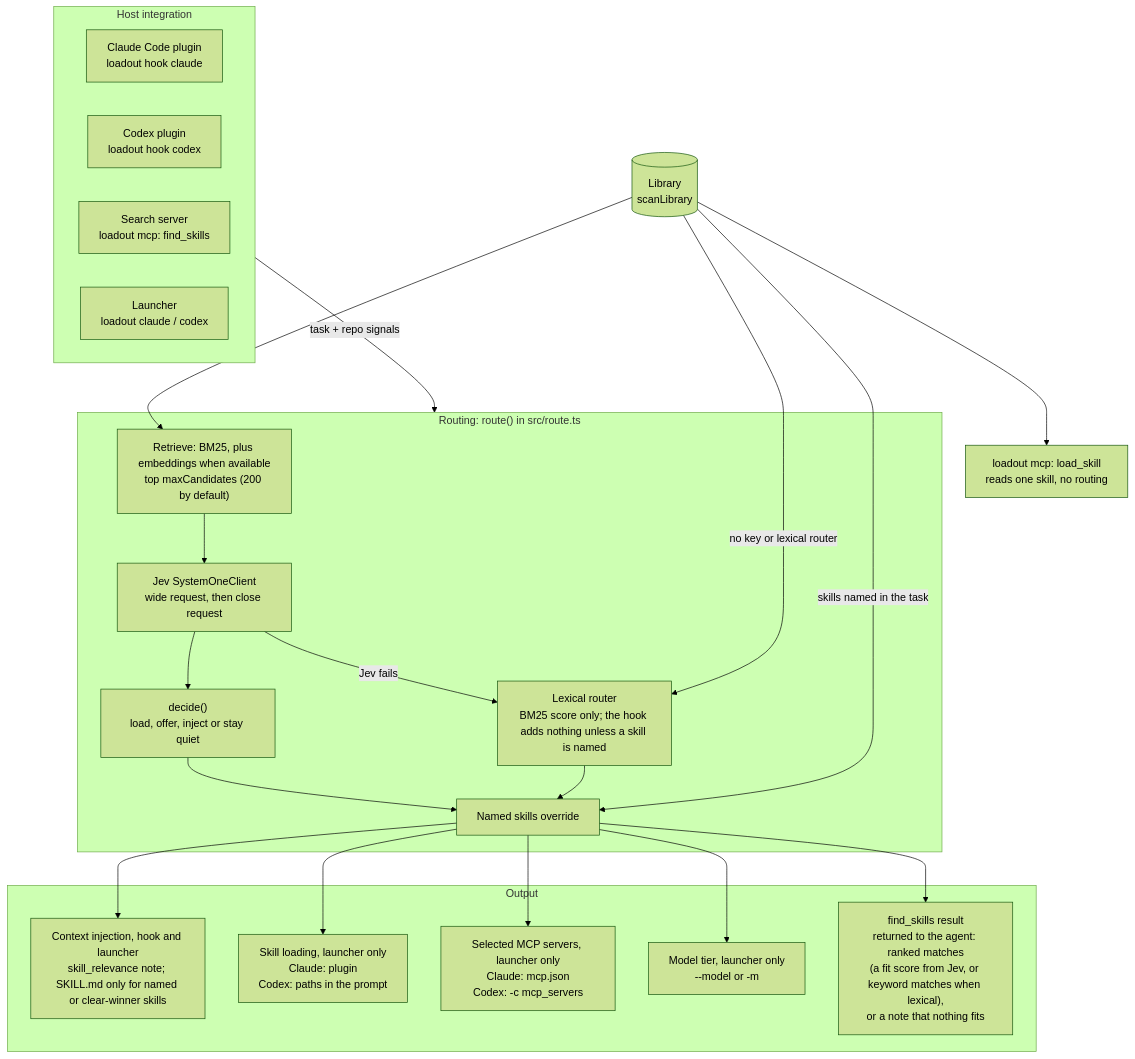
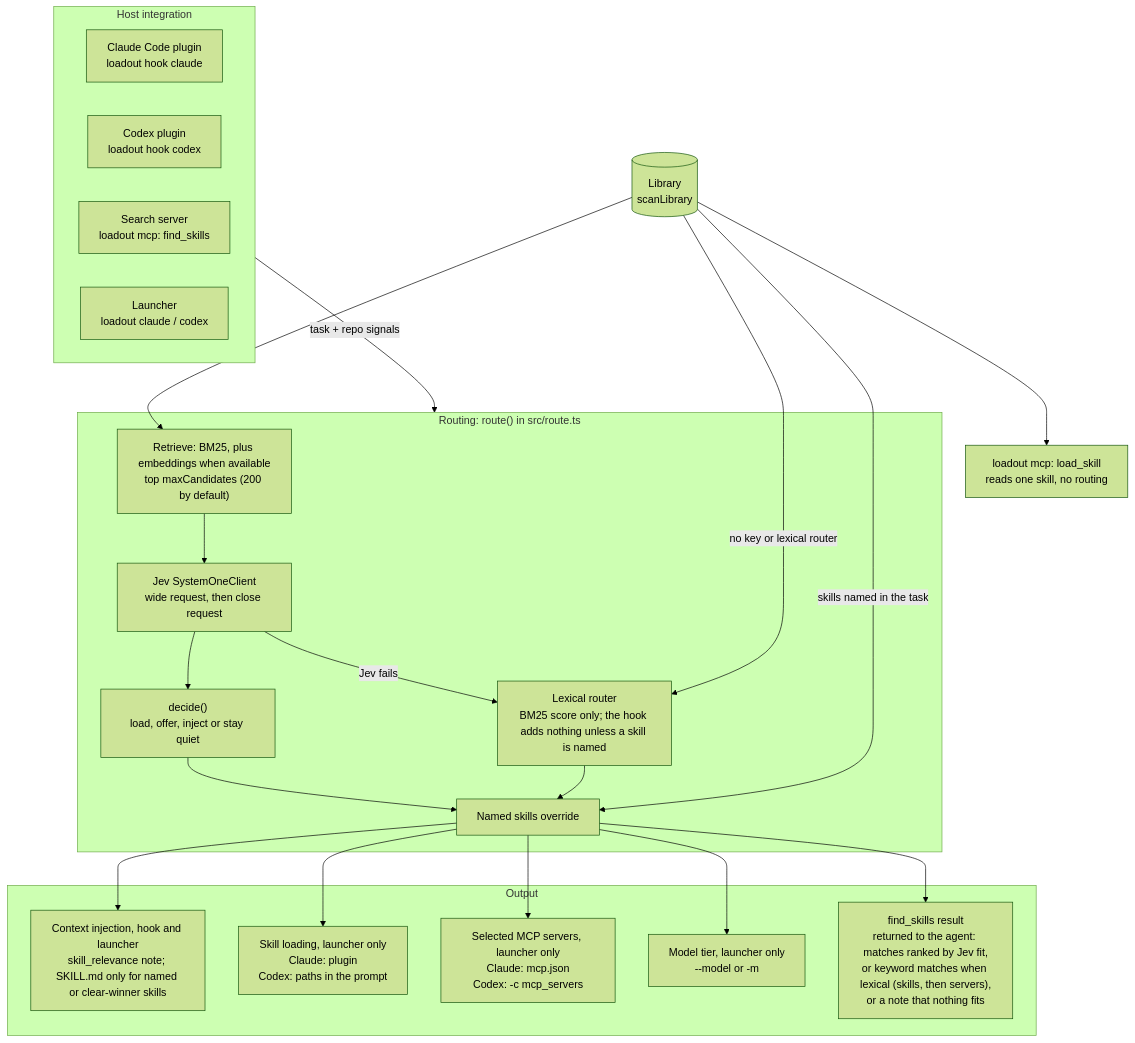
Before and after one commit to erik-hedstrom/loadout: the diagram in DESIGN.md, drawn with Mermaid (forest theme).

Commit message:
DESIGN: lexical find_skills results are grouped skills-then-servers, not ranked
Codex round 10: in lexical mode findSkills returns the decision's selected
list, which lists passing skills before passing servers.

Claude-Session: https://claude.ai/code/session_01HuyR49tfEGYja23caRY2JK

````diff
--- a/DESIGN.md
+++ b/DESIGN.md
@@ -29,44 +29,44 @@
 ```mermaid
 flowchart TB
     subgraph host["Host integration"]
         CH["Claude Code plugin<br/>loadout hook claude"]
         XH["Codex plugin<br/>loadout hook codex"]
         MS["Search server<br/>loadout mcp: find_skills"]
         LA["Launcher<br/>loadout claude / codex"]
     end
 
     LIB[("Library<br/>scanLibrary")]
     LS["loadout mcp: load_skill<br/>reads one skill, no routing"]
 
     subgraph routing["Routing: route() in src/route.ts"]
         RET["Retrieve: BM25, plus embeddings when available<br/>top maxCandidates (200 by default)"]
         JEV["Jev SystemOneClient<br/>wide request, then close request"]
         DEC["decide()<br/>load, offer, inject or stay quiet"]
         LEX["Lexical router<br/>BM25 score only; the hook adds nothing unless a skill is named"]
         MEN["Named skills override"]
         RET --> JEV
         JEV -->|"Jev fails"| LEX
         JEV --> DEC
         DEC --> MEN
         LEX --> MEN
     end
 
     subgraph out["Output"]
         CTX["Context injection, hook and launcher<br/>skill_relevance note; SKILL.md only for named or clear-winner skills"]
         SKL["Skill loading, launcher only<br/>Claude: plugin<br/>Codex: paths in the prompt"]
         MCPS["Selected MCP servers, launcher only<br/>Claude: mcp.json<br/>Codex: -c mcp_servers"]
         TIER["Model tier, launcher only<br/>--model or -m"]
-        FSR["find_skills result<br/>returned to the agent: ranked matches<br/>(a fit score from Jev, or keyword matches when lexical),<br/>or a note that nothing fits"]
+        FSR["find_skills result<br/>returned to the agent: matches ranked by Jev fit,<br/>or keyword matches when lexical (skills, then servers),<br/>or a note that nothing fits"]
     end
 
     host -->|"task + repo signals"| routing
     LIB --> RET
     LIB -->|"no key or lexical router"| LEX
     LIB -->|"skills named in the task"| MEN
     LIB --> LS
     MEN --> CTX
     MEN --> SKL
     MEN --> MCPS
     MEN --> TIER
     MEN --> FSR
 ```
````
